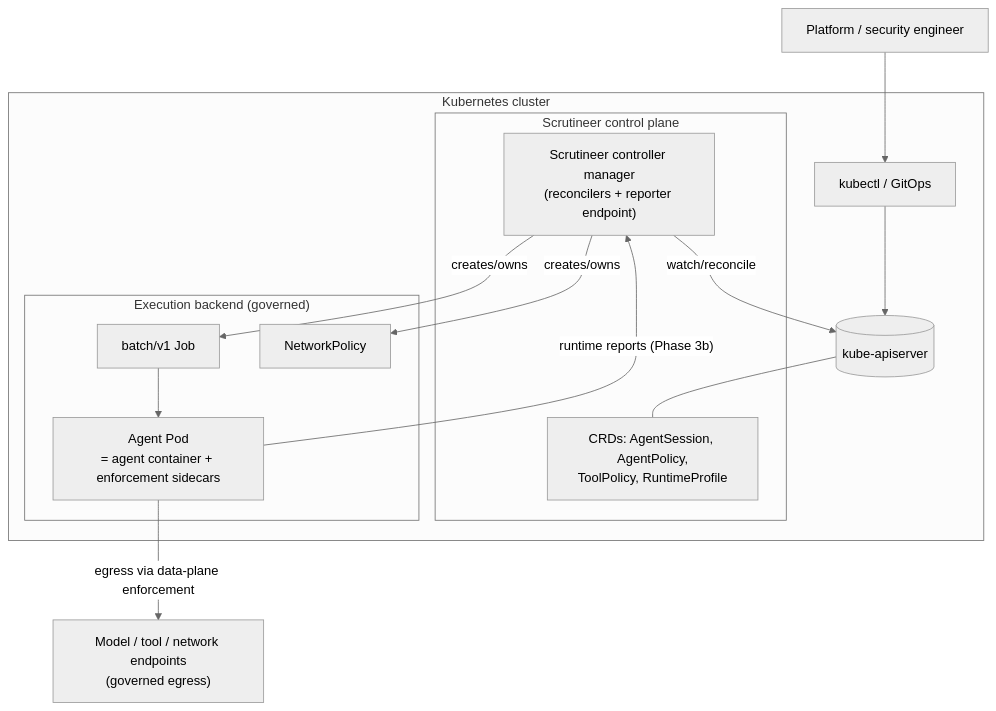
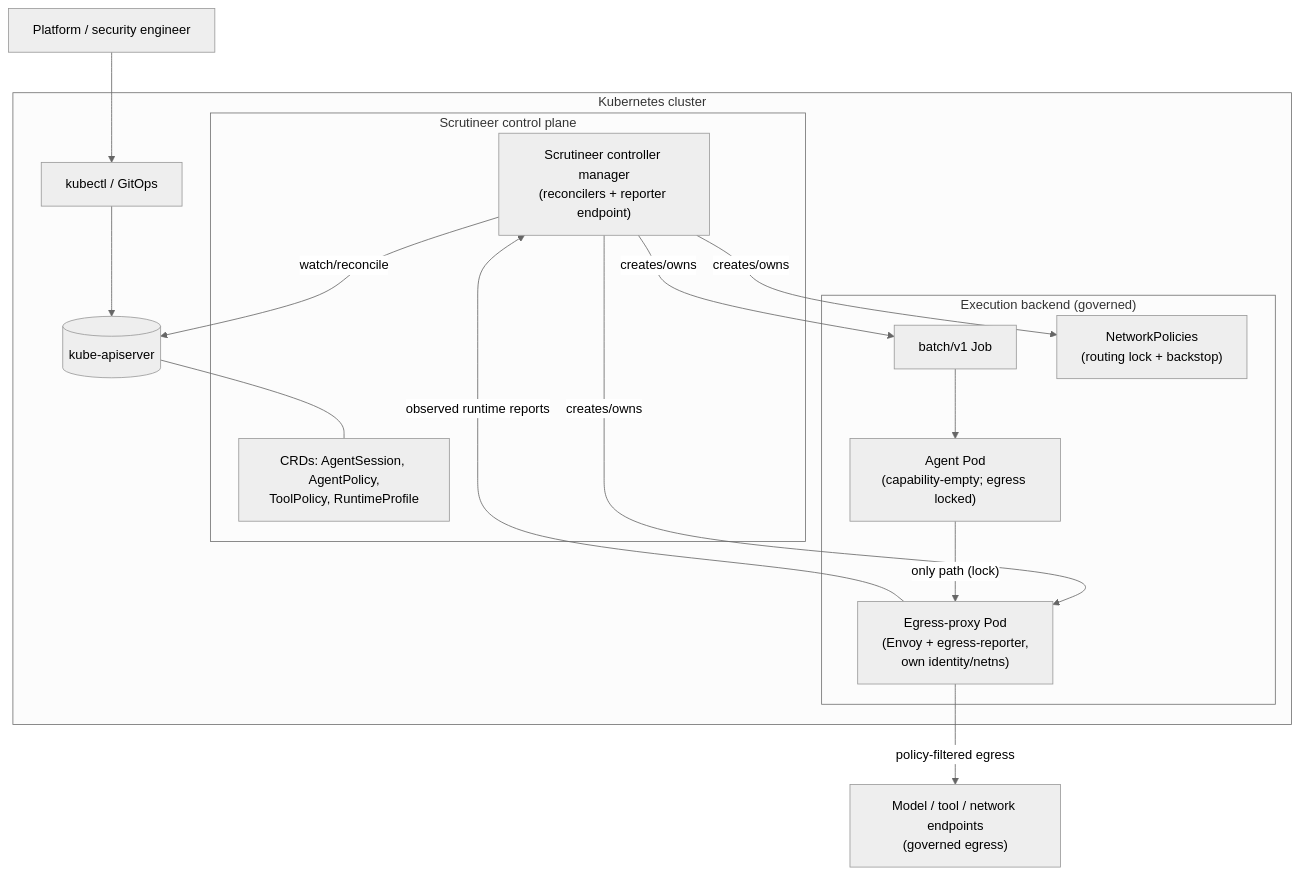
One commit to grantbarry29/Scrutineer changed the second of 7 diagrams in docs/design/architecture.md. Above: the diagram before and after it, drawn with Mermaid (neutral theme). The commit also changed other lines of this file and 51 other files, not shown here.

````diff
--- a/docs/design/architecture.md
+++ b/docs/design/architecture.md
@@ -57,31 +57,34 @@
 ```mermaid
 flowchart TB
     user["Platform / security engineer"]
     kubectl["kubectl / GitOps"]
     user --> kubectl
 
     subgraph k8s["Kubernetes cluster"]
         subgraph cp["Scrutineer control plane"]
             crds["CRDs: AgentSession, AgentPolicy,\nToolPolicy, RuntimeProfile"]
             ctrl["Scrutineer controller manager\n(reconcilers + reporter endpoint)"]
         end
 
         subgraph exec["Execution backend (governed)"]
             job["batch/v1 Job"]
-            pod["Agent Pod\n= agent container + enforcement sidecars"]
-            np["NetworkPolicy"]
+            pod["Agent Pod\n(capability-empty; egress locked)"]
+            envoy["Egress-proxy Pod\n(Envoy + egress-reporter,\nown identity/netns)"]
+            np["NetworkPolicies\n(routing lock + backstop)"]
             job --> pod
         end
 
         api[("kube-apiserver")]
         kubectl --> api
         api --- crds
         ctrl -- watch/reconcile --> api
         ctrl -- creates/owns --> job
+        ctrl -- creates/owns --> envoy
         ctrl -- creates/owns --> np
-        pod -- "runtime reports (Phase 3b)" --> ctrl
+        envoy -- "observed runtime reports" --> ctrl
     end
 
     provider["Model / tool / network endpoints\n(governed egress)"]
-    pod -- "egress via data-plane enforcement" --> provider
+    pod -- "only path (lock)" --> envoy
+    envoy -- "policy-filtered egress" --> provider
 ```
````
